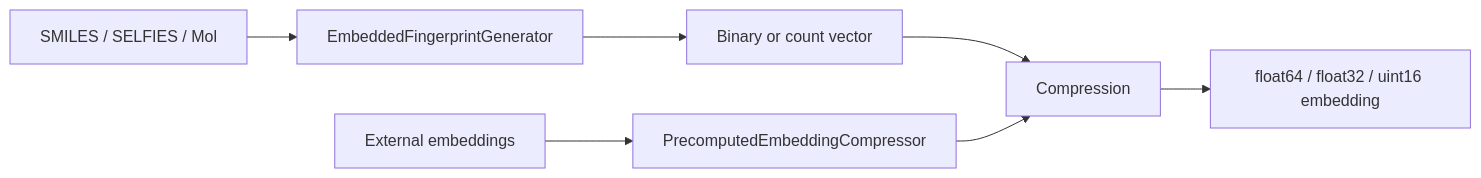
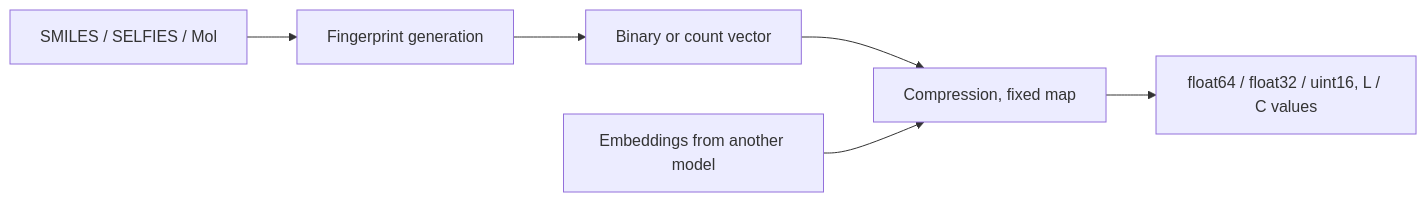
Before and after one commit to Sciencealone/fpembed: the diagram in README.md, drawn with Mermaid. The commit also changed other lines of this file, not shown here.

````diff
--- a/README.md
+++ b/README.md
@@ -33,6 +35,6 @@
 ```mermaid
 graph LR
-    A[SMILES / SELFIES / Mol] --> B[EmbeddedFingerprintGenerator] --> C[Binary or count vector]
-    C --> D[Compression] --> E[float64 / float32 / uint16 embedding]
-    F[External embeddings] --> G[PrecomputedEmbeddingCompressor] --> D
+    A[SMILES / SELFIES / Mol] --> B[Fingerprint generation] --> C[Binary or count vector]
+    C --> D[Compression, fixed map] --> E[float64 / float32 / uint16, L / C values]
+    F[Embeddings from another model] --> D
 ```
````
